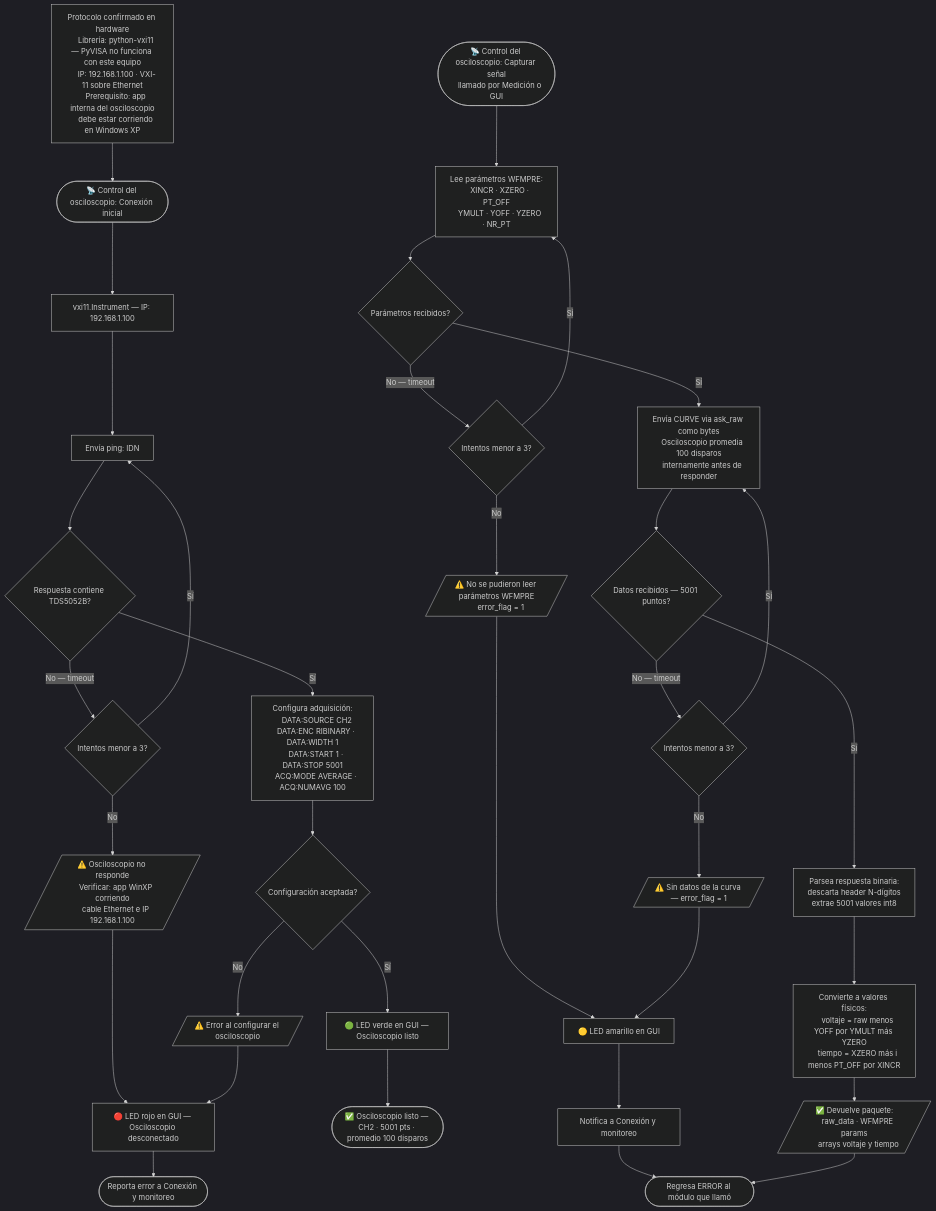
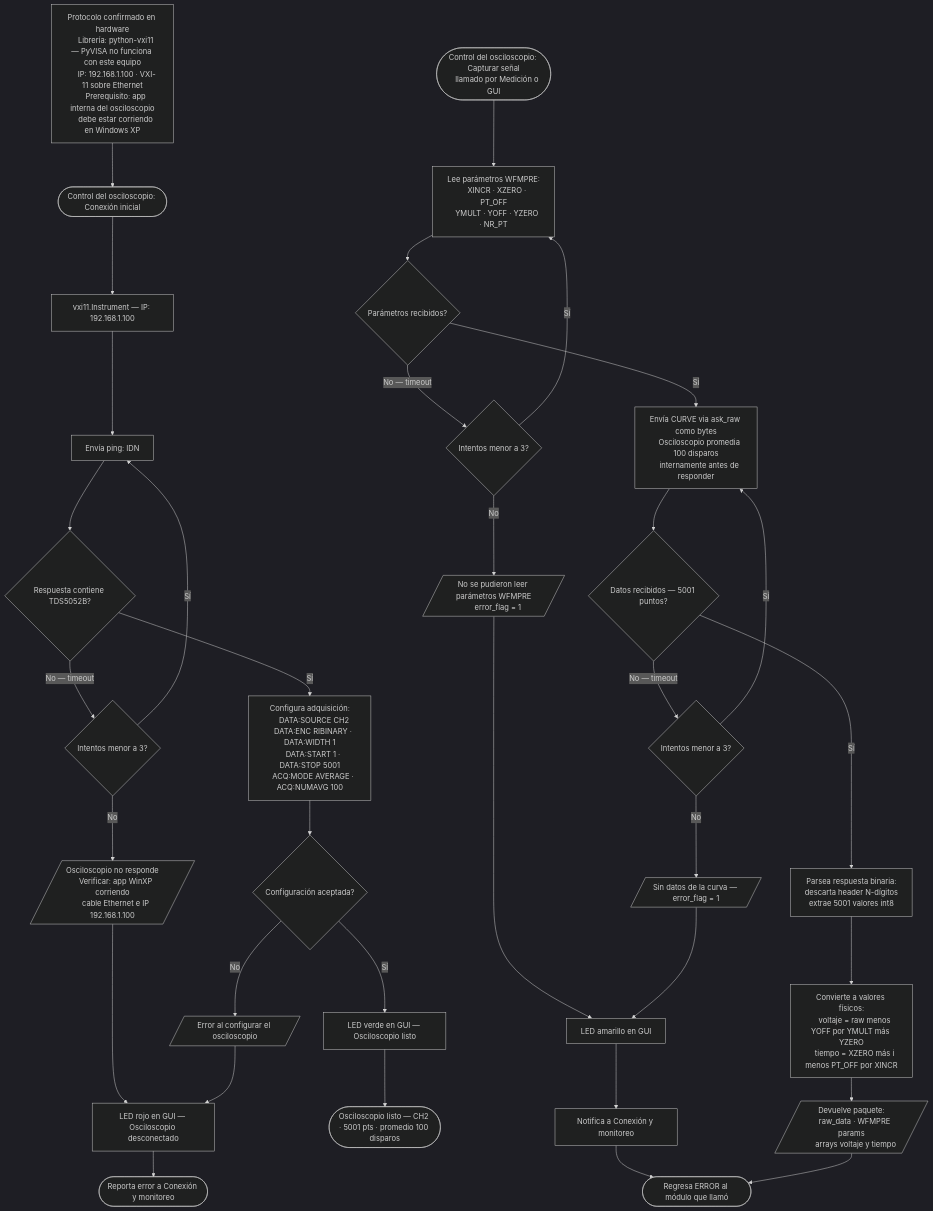
Before and after one commit to EvandherZarco/automatizacion_del_osciloscopio: the diagram in Tesis documento/Diagramas/modulo_control_osciloscopio.mermaid, drawn with Mermaid (dark theme). The commit also changed 19 other files, not shown here.

Commit message:
Correcciones de redaccion en capitulos 2, 3, 4 y 5; diagrama de arquitectura; limpieza de diagramas mermaid

```diff
--- a/Tesis documento/Diagramas/modulo_control_osciloscopio.mermaid
+++ b/Tesis documento/Diagramas/modulo_control_osciloscopio.mermaid
@@ -1,79 +1,79 @@
 flowchart TD
 
     %% ─────────────────────────────
     %% NOTA DE ARQUITECTURA
     %% ─────────────────────────────
     NOTE["Protocolo confirmado en hardware
     Librería: python-vxi11 — PyVISA no funciona con este equipo
     IP: 192.168.1.100 · VXI-11 sobre Ethernet
     Prerequisito: app interna del osciloscopio
     debe estar corriendo en Windows XP"]
 
     NOTE --> INIT
 
     %% ─────────────────────────────
     %% SUB-FLUJO 1: CONEXION INICIAL
     %% ─────────────────────────────
-    INIT([📡 Control del osciloscopio: Conexión inicial])
+    INIT([Control del osciloscopio: Conexión inicial])
     INIT --> OPEN["vxi11.Instrument — IP: 192.168.1.100"]
     OPEN --> PING["Envía ping: IDN"]
     PING --> PINGOK{Respuesta contiene TDS5052B?}
 
     PINGOK --> |No — timeout| RETRYPING{Intentos menor a 3?}
     RETRYPING --> |Sí| PING
-    RETRYPING --> |No| PINGERR[/"⚠️ Osciloscopio no responde
+    RETRYPING --> |No| PINGERR[/"Osciloscopio no responde
     Verificar: app WinXP corriendo
     cable Ethernet e IP 192.168.1.100"/]
-    PINGERR --> RLED["🔴 LED rojo en GUI — Osciloscopio desconectado"]
+    PINGERR --> RLED["LED rojo en GUI — Osciloscopio desconectado"]
     RLED --> CONNFAIL([Reporta error a Conexión y monitoreo])
 
     PINGOK --> |Sí| CONFIG["Configura adquisición:
     DATA:SOURCE CH2
     DATA:ENC RIBINARY · DATA:WIDTH 1
     DATA:START 1 · DATA:STOP 5001
     ACQ:MODE AVERAGE · ACQ:NUMAVG 100"]
     CONFIG --> CFGOK{Configuración aceptada?}
-    CFGOK --> |No| CFGERR[/"⚠️ Error al configurar el osciloscopio"/]
+    CFGOK --> |No| CFGERR[/"Error al configurar el osciloscopio"/]
     CFGERR --> RLED
 
-    CFGOK --> |Sí| GLED["🟢 LED verde en GUI — Osciloscopio listo"]
-    GLED --> READY(["✅ Osciloscopio listo — CH2 · 5001 pts · promedio 100 disparos"])
+    CFGOK --> |Sí| GLED["LED verde en GUI — Osciloscopio listo"]
+    GLED --> READY(["Osciloscopio listo — CH2 · 5001 pts · promedio 100 disparos"])
 
     %% ─────────────────────────────
     %% SUB-FLUJO 2: CAPTURAR SEÑAL
     %% (llamado por Medición o GUI)
     %% ─────────────────────────────
-    CAPTURE([📡 Control del osciloscopio: Capturar señal
+    CAPTURE([Control del osciloscopio: Capturar señal
     llamado por Medición o GUI])
 
     CAPTURE --> READWFMPRE["Lee parámetros WFMPRE:
     XINCR · XZERO · PT_OFF
     YMULT · YOFF · YZERO · NR_PT"]
     READWFMPRE --> WFMOK{Parámetros recibidos?}
     WFMOK --> |No — timeout| RETRYWFM{Intentos menor a 3?}
     RETRYWFM --> |Sí| READWFMPRE
-    RETRYWFM --> |No| WFMERR[/"⚠️ No se pudieron leer parámetros WFMPRE
+    RETRYWFM --> |No| WFMERR[/"No se pudieron leer parámetros WFMPRE
     error_flag = 1"/]
-    WFMERR --> YLED["🟡 LED amarillo en GUI"]
+    WFMERR --> YLED["LED amarillo en GUI"]
     YLED --> NOTIFYCONN["Notifica a Conexión y monitoreo"]
     NOTIFYCONN --> CAPCALLER([Regresa ERROR al módulo que llamó])
 
     WFMOK --> |Sí| CURVE["Envía CURVE via ask_raw como bytes
     Osciloscopio promedia 100 disparos
     internamente antes de responder"]
     CURVE --> CURVEOK{Datos recibidos — 5001 puntos?}
     CURVEOK --> |No — timeout| RETRYCURVE{Intentos menor a 3?}
     RETRYCURVE --> |Sí| CURVE
-    RETRYCURVE --> |No| CURVEERR[/"⚠️ Sin datos de la curva — error_flag = 1"/]
+    RETRYCURVE --> |No| CURVEERR[/"Sin datos de la curva — error_flag = 1"/]
     CURVEERR --> YLED
 
     CURVEOK --> |Sí| PARSE["Parsea respuesta binaria:
     descarta header N-dígitos
     extrae 5001 valores int8"]
     PARSE --> CONVERT["Convierte a valores físicos:
     voltaje = raw menos YOFF por YMULT más YZERO
     tiempo = XZERO más i menos PT_OFF por XINCR"]
-    CONVERT --> RETURNDATA[/"✅ Devuelve paquete:
+    CONVERT --> RETURNDATA[/"Devuelve paquete:
     raw_data · WFMPRE params
     arrays voltaje y tiempo"/]
     RETURNDATA --> CAPCALLER
```
